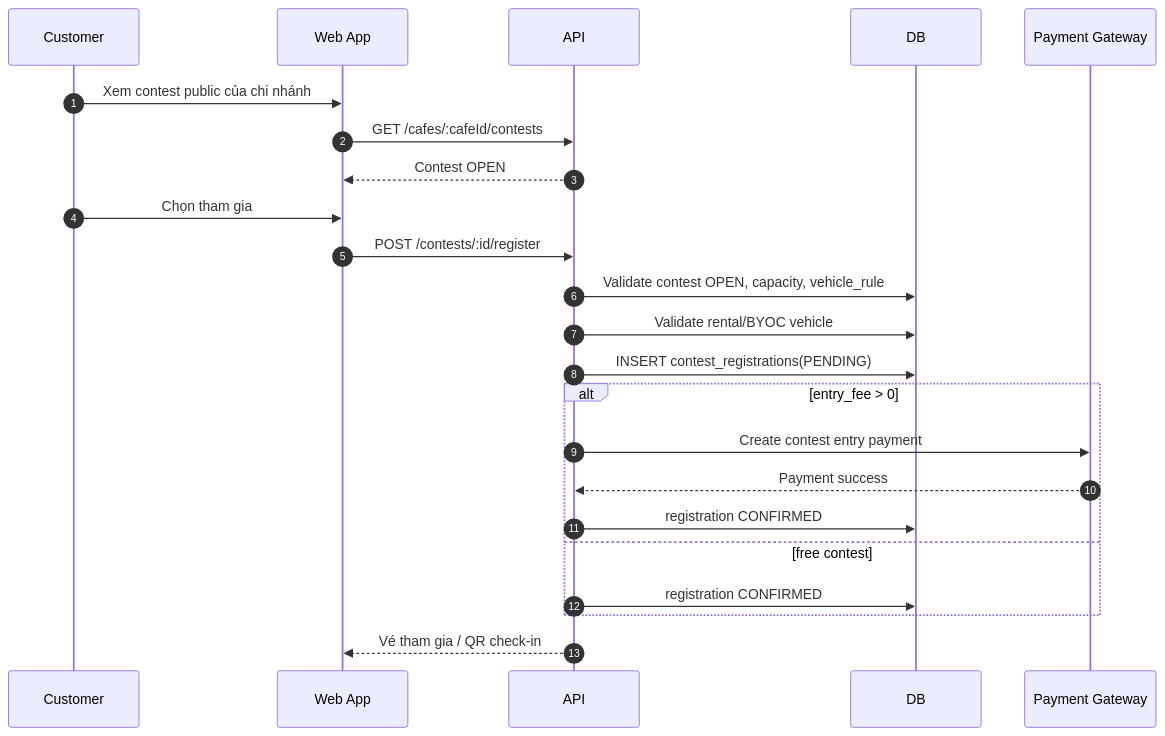
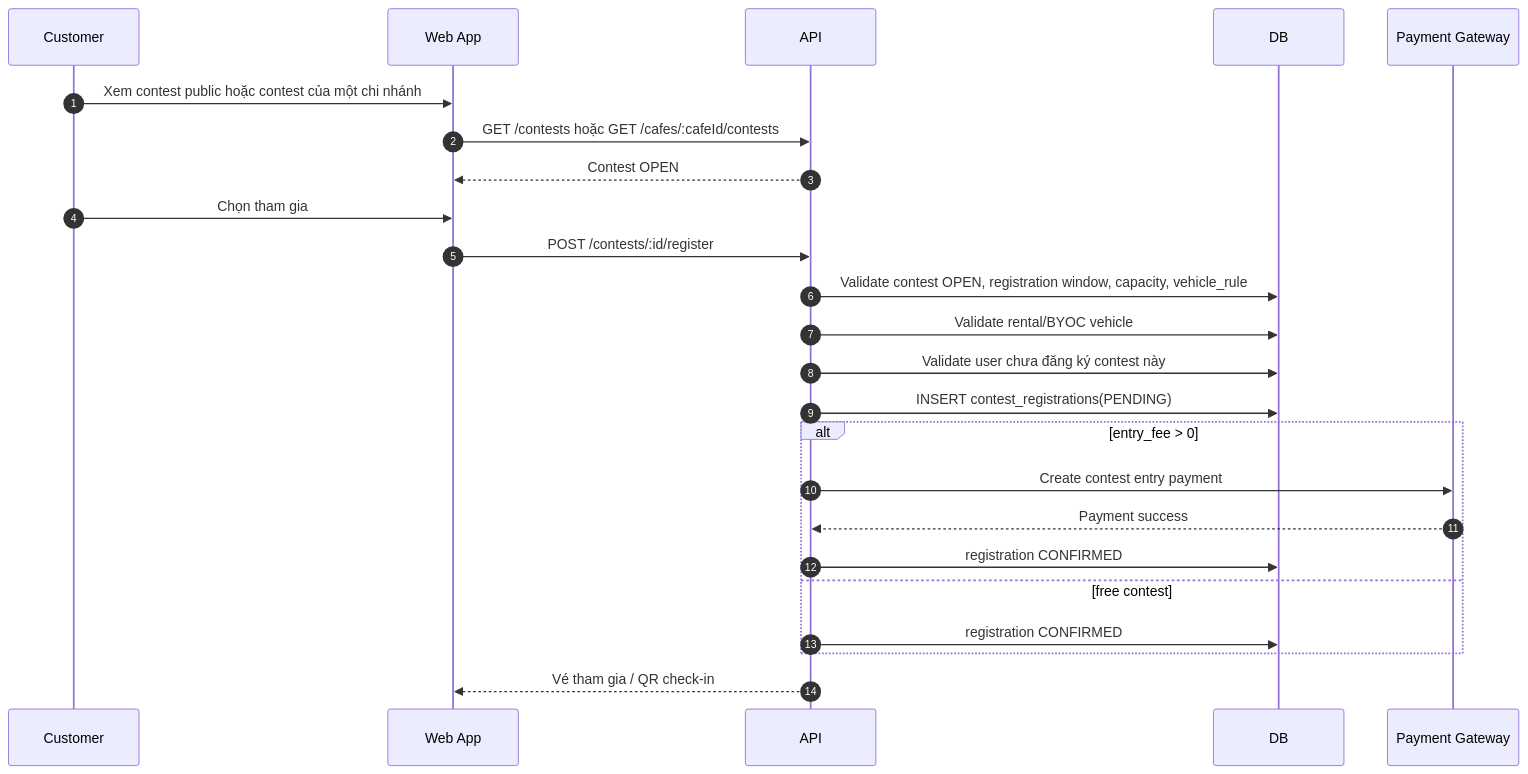
The second of 6 diagrams in docs/spec/business-rules/BR-contest.md (RCField-SEP490/rcfield-spec), drawn with Mermaid before and after one commit. The commit also changed other lines of this file and 6 other files, not shown here.

Commit message:
docs: update contest multi-branch flow

````diff
--- a/docs/spec/business-rules/BR-contest.md
+++ b/docs/spec/business-rules/BR-contest.md
@@ -338,26 +357,27 @@
 ```mermaid
 sequenceDiagram
     autonumber
     participant C as Customer
     participant App as Web App
     participant API as API
     participant DB as DB
     participant Pay as Payment Gateway
 
-    C->>App: Xem contest public của chi nhánh
-    App->>API: GET /cafes/:cafeId/contests
+    C->>App: Xem contest public hoặc contest của một chi nhánh
+    App->>API: GET /contests hoặc GET /cafes/:cafeId/contests
     API-->>App: Contest OPEN
     C->>App: Chọn tham gia
     App->>API: POST /contests/:id/register
-    API->>DB: Validate contest OPEN, capacity, vehicle_rule
+    API->>DB: Validate contest OPEN, registration window, capacity, vehicle_rule
     API->>DB: Validate rental/BYOC vehicle
+    API->>DB: Validate user chưa đăng ký contest này
     API->>DB: INSERT contest_registrations(PENDING)
     alt entry_fee > 0
         API->>Pay: Create contest entry payment
         Pay-->>API: Payment success
         API->>DB: registration CONFIRMED
     else free contest
         API->>DB: registration CONFIRMED
     end
     API-->>App: Vé tham gia / QR check-in
 ```
````
